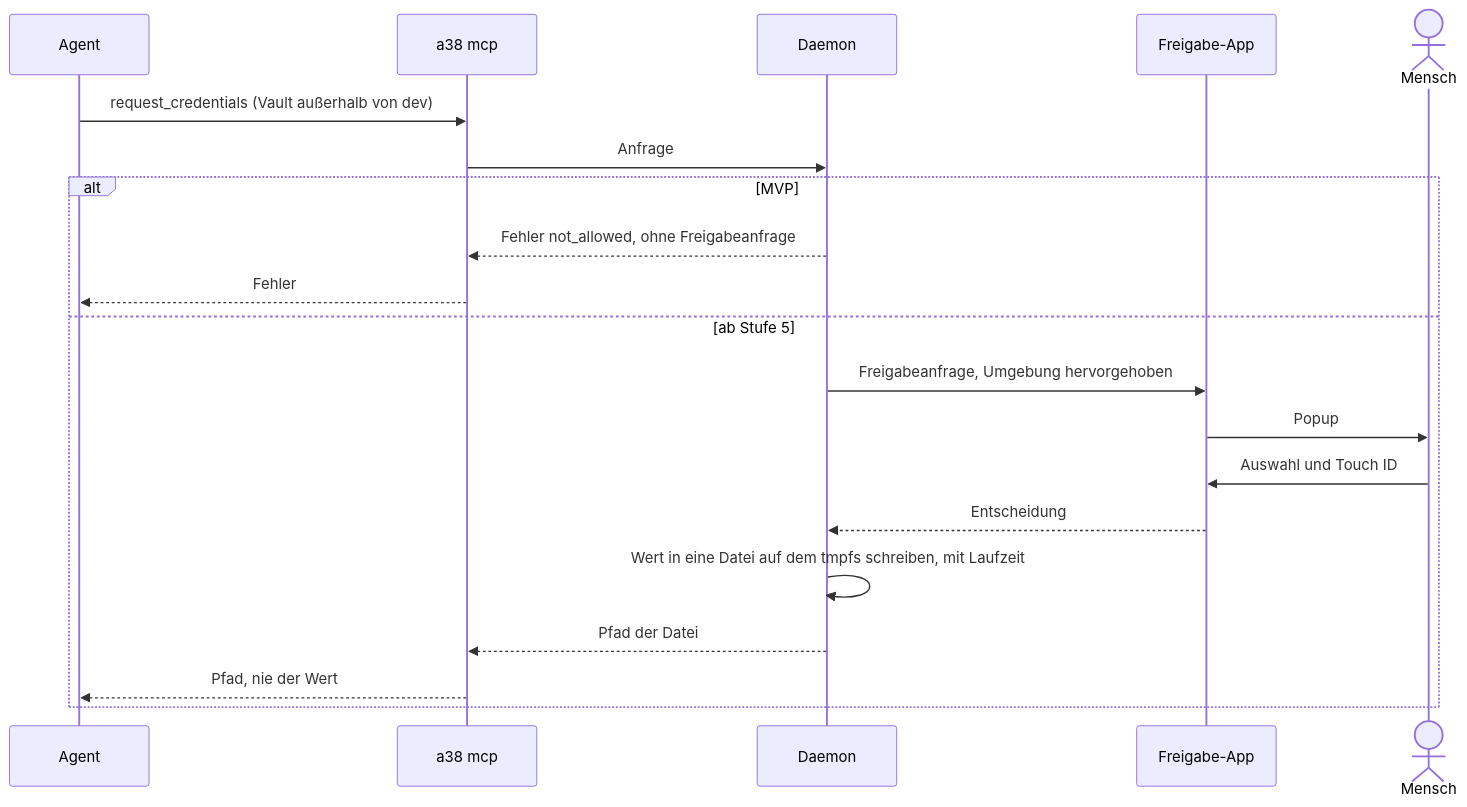
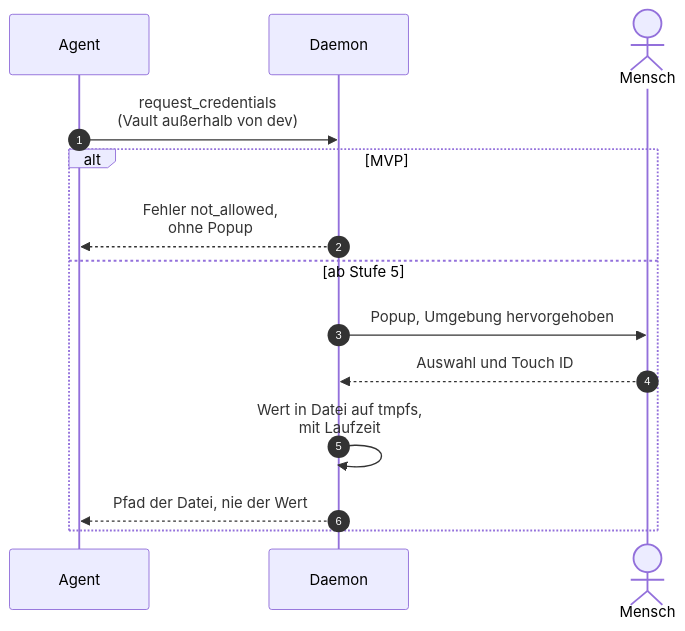
One commit to seletz/passierschein changed the diagram in docs/design/use-cases/UC5_ein-agent-fordert-zugangsdaten-ausserhalb.md. Above: the diagram before and after it, drawn with Mermaid. The commit also changed 5 other files, not shown here.

Commit message:
docs(design): show the sequence diagram before the flow text and make it narrower

````diff
--- a/docs/design/use-cases/UC5_ein-agent-fordert-zugangsdaten-ausserhalb.md
+++ b/docs/design/use-cases/UC5_ein-agent-fordert-zugangsdaten-ausserhalb.md
@@ -29,22 +21,16 @@
 ```mermaid
 sequenceDiagram
+    autonumber
     participant A as Agent
-    participant M as a38 mcp
     participant D as Daemon
-    participant U as Freigabe-App
     actor H as Mensch
-    A->>M: request_credentials (Vault außerhalb von dev)
-    M->>D: Anfrage
+    A->>D: request_credentials<br/>(Vault außerhalb von dev)
     alt MVP
-        D-->>M: Fehler not_allowed, ohne Freigabeanfrage
-        M-->>A: Fehler
+        D-->>A: Fehler not_allowed,<br/>ohne Popup
     else ab Stufe 5
-        D->>U: Freigabeanfrage, Umgebung hervorgehoben
-        U->>H: Popup
-        H->>U: Auswahl und Touch ID
-        U-->>D: Entscheidung
-        D->>D: Wert in eine Datei auf dem tmpfs schreiben, mit Laufzeit
-        D-->>M: Pfad der Datei
-        M-->>A: Pfad, nie der Wert
+        D->>H: Popup, Umgebung hervorgehoben
+        H-->>D: Auswahl und Touch ID
+        D->>D: Wert in Datei auf tmpfs,<br/>mit Laufzeit
+        D-->>A: Pfad der Datei, nie der Wert
     end
 ```
````
